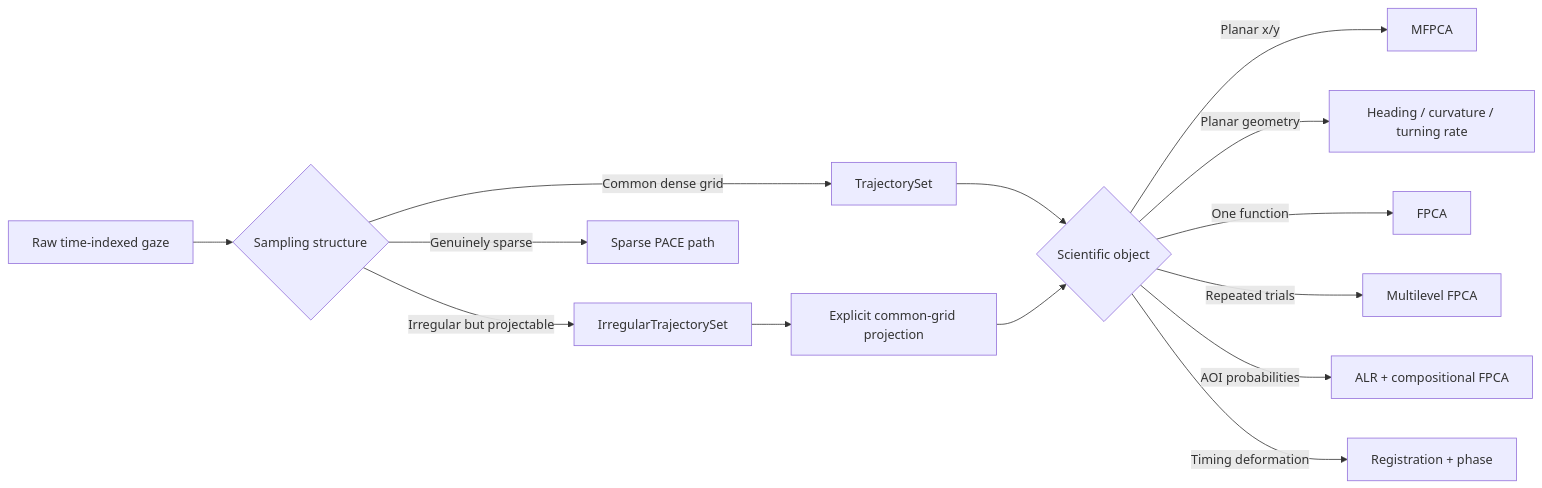
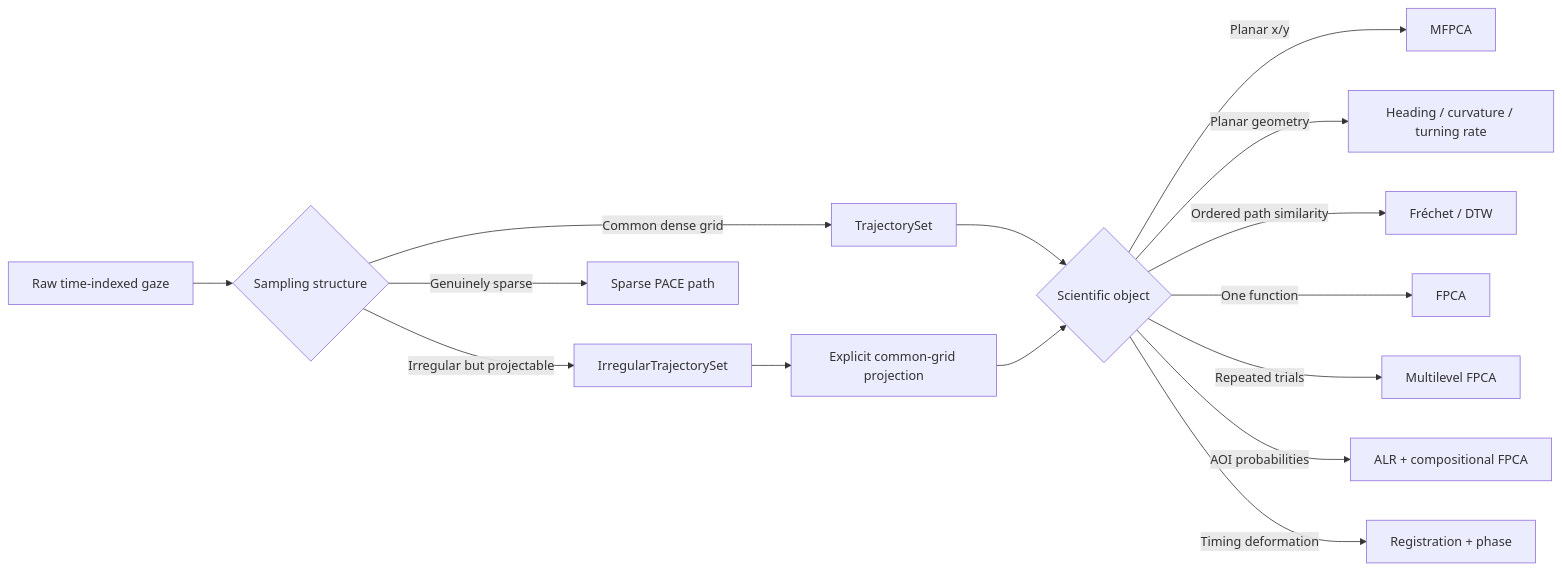
One commit to stefanosbalaskas/eyetrajectoriespy changed the first of 6 diagrams in docs/methods/workflow-atlas.md. Above: the diagram before and after it, drawn with Mermaid. The commit also changed other lines of this file and 34 other files, not shown here.

````diff
--- a/docs/methods/workflow-atlas.md
+++ b/docs/methods/workflow-atlas.md
@@ -11,16 +11,17 @@
 ```mermaid
 flowchart LR
     A[Raw time-indexed gaze] --> B{Sampling structure}
     B -->|Common dense grid| C[TrajectorySet]
     B -->|Irregular but projectable| D[IrregularTrajectorySet]
     B -->|Genuinely sparse| E[Sparse PACE path]
     C --> F{Scientific object}
     D --> G[Explicit common-grid projection]
     G --> F
     F -->|Planar x/y| H[MFPCA]
     F -->|Planar geometry| M[Heading / curvature / turning rate]
+    F -->|Ordered path similarity| N[Fréchet / DTW]
     F -->|One function| I[FPCA]
     F -->|Repeated trials| J[Multilevel FPCA]
     F -->|AOI probabilities| K[ALR + compositional FPCA]
     F -->|Timing deformation| L[Registration + phase]
 ```
````
